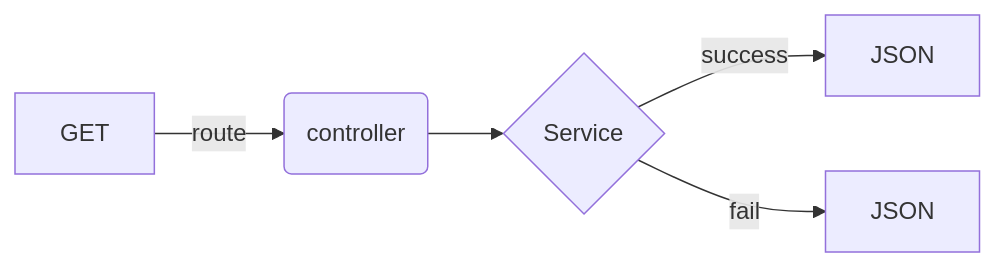
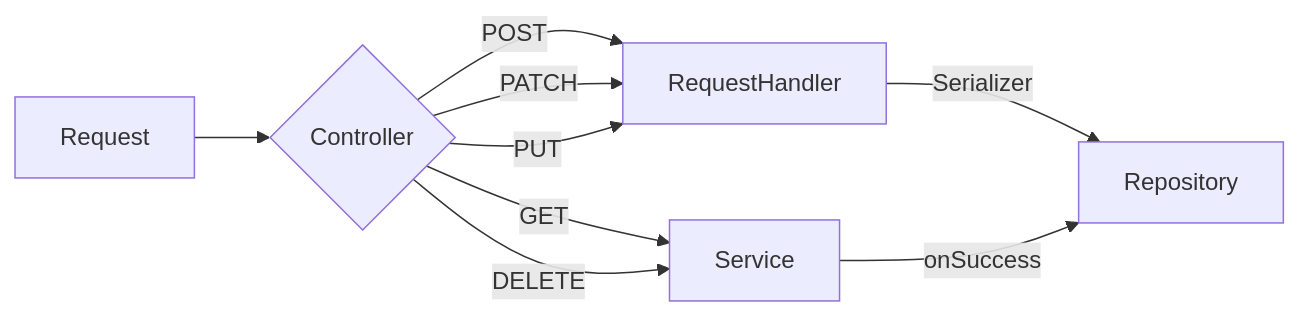
One commit to rickintveld/symfony-api-boilerplate changed the diagram in README.MD. Above: the diagram before and after it, drawn with Mermaid. The commit also changed other lines of this file, not shown here.

````diff
--- a/README.MD
+++ b/README.MD
@@ -20,7 +18,11 @@
 ```mermaid
   flowchart LR
-    A[GET] -->|route| B(controller)
-    B --> C{Service}
-    C -->|success| D[JSON]
-    C -->|fail| E[JSON]
+    A[Request] --> B{Controller}
+    B -->|POST| C[RequestHandler]
+    B -->|GET| D[Service]
+    B -->|PATCH| C[RequestHandler]
+    B -->|PUT| C[RequestHandler]
+    B -->|DELETE| D[Service]
+    C -->|Serializer| E[Repository]
+    D -->|onSuccess| E[Repository]
 ```
````
